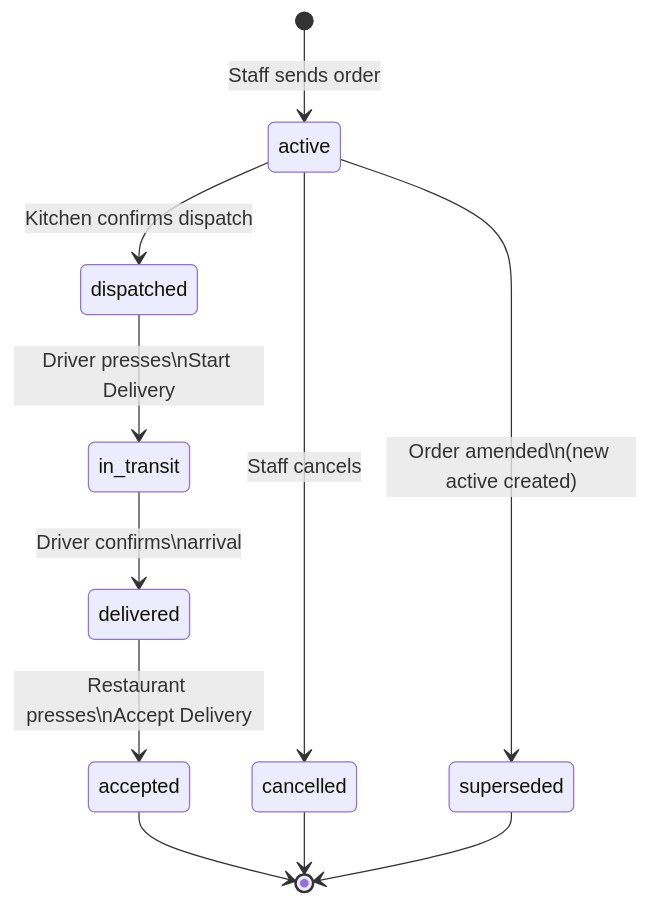
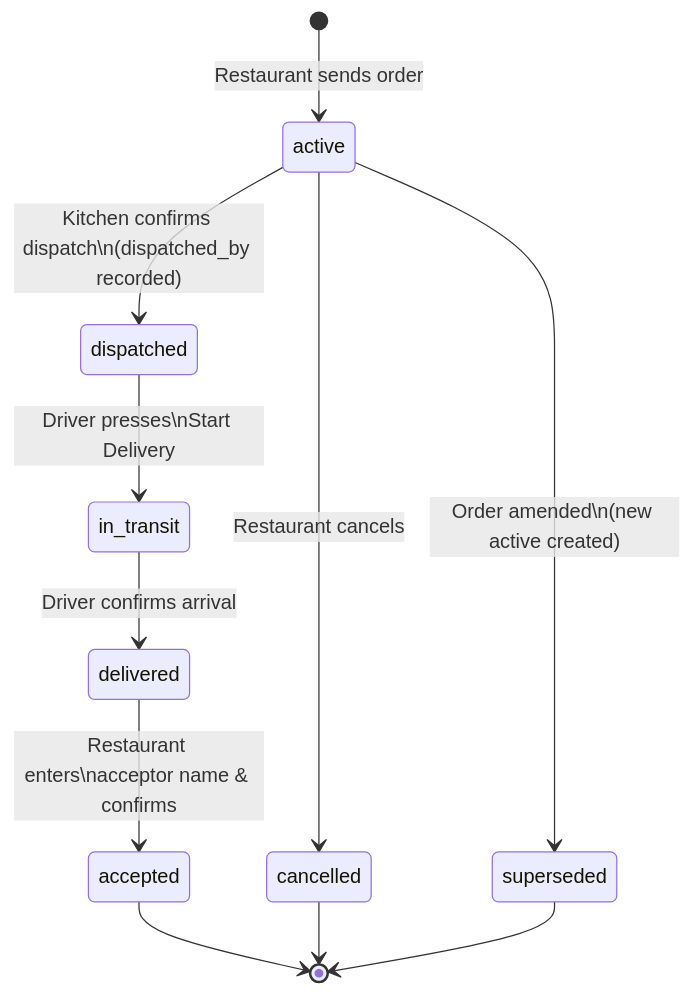
One commit to A380-hub/tori-kitchen-system changed the seventh of 8 diagrams in TORI-KIS-DOCUMENTATION.md. Above: the diagram before and after it, drawn with Mermaid. The commit also changed other lines of this file, not shown here.

````diff
--- a/TORI-KIS-DOCUMENTATION.md
+++ b/TORI-KIS-DOCUMENTATION.md
@@ -367,18 +887,18 @@
 ```mermaid
 stateDiagram-v2
-    [*] --> active : Staff sends order
+    [*] --> active : Restaurant sends order
 
     active --> superseded : Order amended\n(new active created)
-    active --> cancelled : Staff cancels
-    active --> dispatched : Kitchen confirms dispatch
+    active --> cancelled : Restaurant cancels
+    active --> dispatched : Kitchen confirms dispatch\n(dispatched_by recorded)
 
     dispatched --> in_transit : Driver presses\nStart Delivery
 
-    in_transit --> delivered : Driver confirms\narrival
+    in_transit --> delivered : Driver confirms arrival
 
-    delivered --> accepted : Restaurant presses\nAccept Delivery
+    delivered --> accepted : Restaurant enters\nacceptor name & confirms
 
     accepted --> [*]
     cancelled --> [*]
     superseded --> [*]
 ```
````
